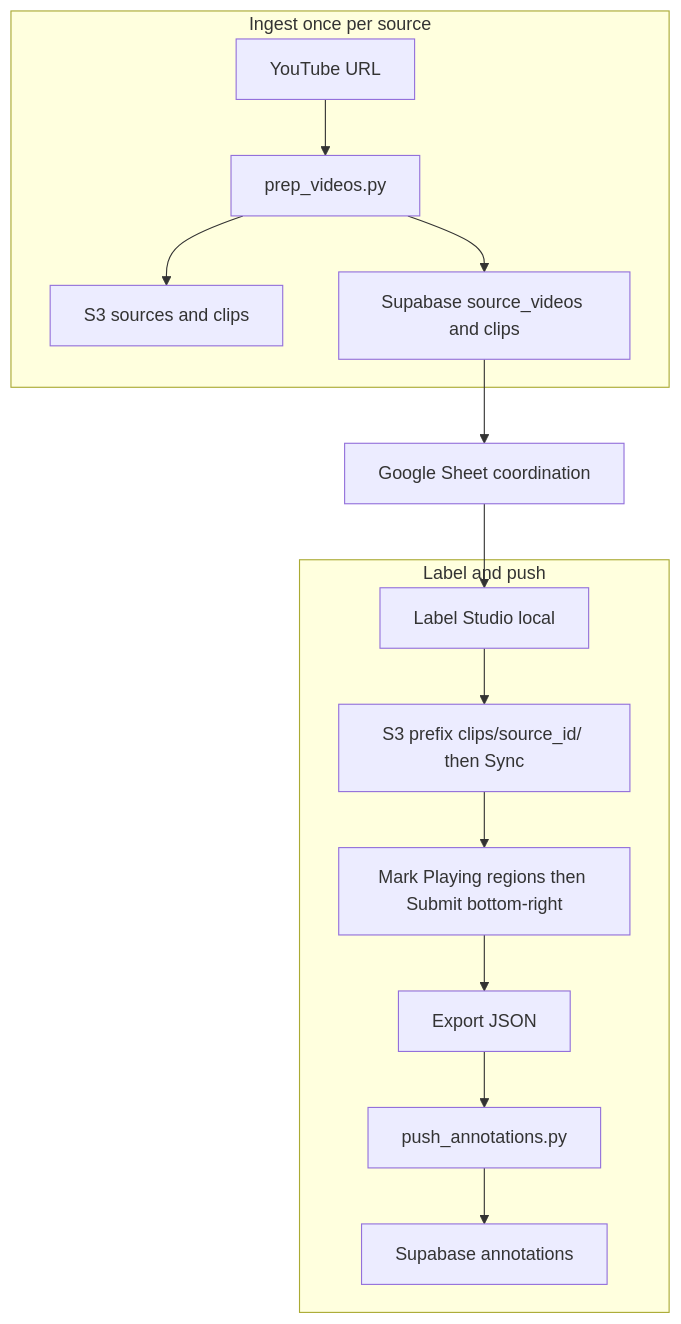
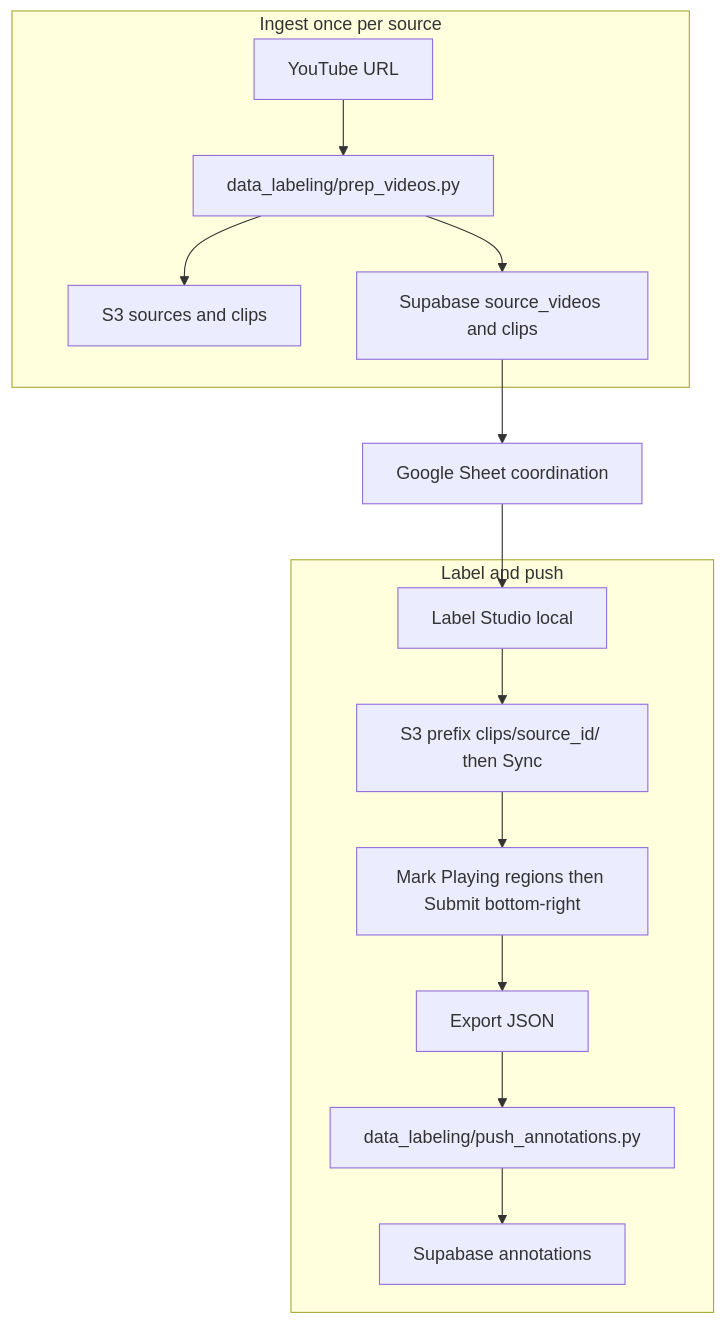
One commit to sjrand96/sports-footage-autotrim changed the diagram in docs/annotation_process/workflow_overview.md. Above: the diagram before and after it, drawn with Mermaid. The commit also changed other lines of this file and 14 other files, not shown here.

````diff
--- a/docs/annotation_process/workflow_overview.md
+++ b/docs/annotation_process/workflow_overview.md
@@ -26,29 +26,29 @@
 ```mermaid
 flowchart TD
   subgraph ingest [Ingest once per source]
     YT[YouTube URL]
-    PREP[prep_videos.py]
+    PREP[data_labeling/prep_videos.py]
     YT --> PREP
     PREP --> S3[S3 sources and clips]
     PREP --> SB1[Supabase source_videos and clips]
   end
 
   SH[Google Sheet coordination]
 
   subgraph label [Label and push]
     LS[Label Studio local]
     SYNC["S3 prefix clips/source_id/ then Sync"]
     ANN["Mark Playing regions then Submit bottom-right"]
     EXP[Export JSON]
-    PUSH[push_annotations.py]
+    PUSH[data_labeling/push_annotations.py]
     SB2[Supabase annotations]
     LS --> SYNC
     SYNC --> ANN
     ANN --> EXP
     EXP --> PUSH
     PUSH --> SB2
   end
 
   SB1 --> SH
   SH --> LS
 ```
````
